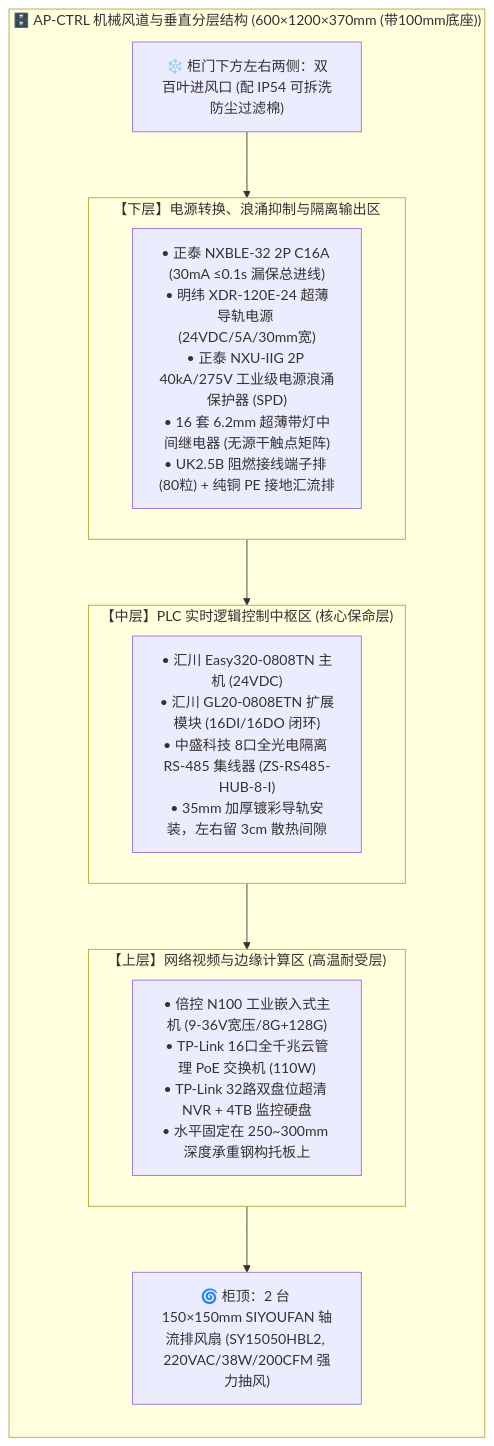
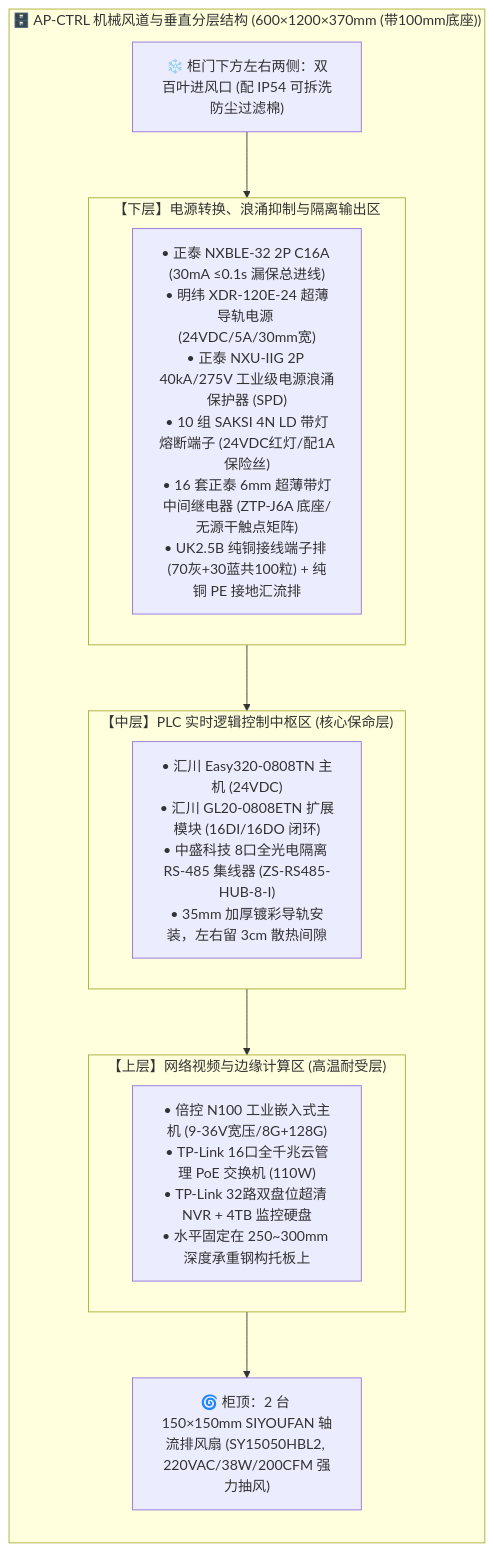
One commit to digitalboy/aquaponics changed the diagram in docs/02_requirements_and_plans/09_中央PLC智能控制柜硬件采购BOM与配盘工程规范.md. Above: the diagram before and after it, drawn with Mermaid. The commit also changed other lines of this file and 1 other file, not shown here.

````diff
--- a/docs/02_requirements_and_plans/09_中央PLC智能控制柜硬件采购BOM与配盘工程规范.md
+++ b/docs/02_requirements_and_plans/09_中央PLC智能控制柜硬件采购BOM与配盘工程规范.md
@@ -41,26 +41,26 @@
 ```mermaid
 flowchart TD
     subgraph Cabinet ["🗄️ AP-CTRL 机械风道与垂直分层结构 (600×1200×370mm (带100mm底座))"]
         direction TB
         Fans["🌀 柜顶：2 台 150×150mm SIYOUFAN 轴流排风扇 (SY15050HBL2, 220VAC/38W/200CFM 强力抽风)"]
         
         subgraph TopLayer ["【上层】网络视频与边缘计算区 (高温耐受层)"]
             TopNet["• 倍控 N100 工业嵌入式主机 (9-36V宽压/8G+128G)<br>• TP-Link 16口全千兆云管理 PoE 交换机 (110W)<br>• TP-Link 32路双盘位超清 NVR + 4TB 监控硬盘<br>• 水平固定在 250~300mm 深度承重钢构托板上"]
         end
         
         subgraph MidLayer ["【中层】PLC 实时逻辑控制中枢区 (核心保命层)"]
             MidPLC["• 汇川 Easy320-0808TN 主机 (24VDC)<br>• 汇川 GL20-0808ETN 扩展模块 (16DI/16DO 闭环)<br>• 中盛科技 8口全光电隔离 RS-485 集线器 (ZS-RS485-HUB-8-I)<br>• 35mm 加厚镀彩导轨安装，左右留 3cm 散热间隙"]
         end
         
         subgraph BottomLayer ["【下层】电源转换、浪涌抑制与隔离输出区"]
-            BottomElec["• 正泰 NXBLE-32 2P C16A (30mA ≤0.1s 漏保总进线)<br>• 明纬 XDR-120E-24 超薄导轨电源 (24VDC/5A/30mm宽)<br>• 正泰 NXU-IIG 2P 40kA/275V 工业级电源浪涌保护器 (SPD)<br>• 16 套 6.2mm 超薄带灯中间继电器 (无源干触点矩阵)<br>• UK2.5B 阻燃接线端子排 (80粒) + 纯铜 PE 接地汇流排"]
+            BottomElec["• 正泰 NXBLE-32 2P C16A (30mA ≤0.1s 漏保总进线)<br>• 明纬 XDR-120E-24 超薄导轨电源 (24VDC/5A/30mm宽)<br>• 正泰 NXU-IIG 2P 40kA/275V 工业级电源浪涌保护器 (SPD)<br>• 10 组 SAKSI 4N LD 带灯熔断端子 (24VDC红灯/配1A保险丝)<br>• 16 套正泰 6mm 超薄带灯中间继电器 (ZTP-J6A 底座/无源干触点矩阵)<br>• UK2.5B 纯铜接线端子排 (70灰+30蓝共100粒) + 纯铜 PE 接地汇流排"]
         end
         
         Intake["❄️ 柜门下方左右两侧：双百叶进风口 (配 IP54 可拆洗防尘过滤棉)"]
         
         Intake --> BottomLayer
         BottomLayer --> MidLayer
         MidLayer --> TopLayer
         TopLayer --> Fans
     end
 ```
````
